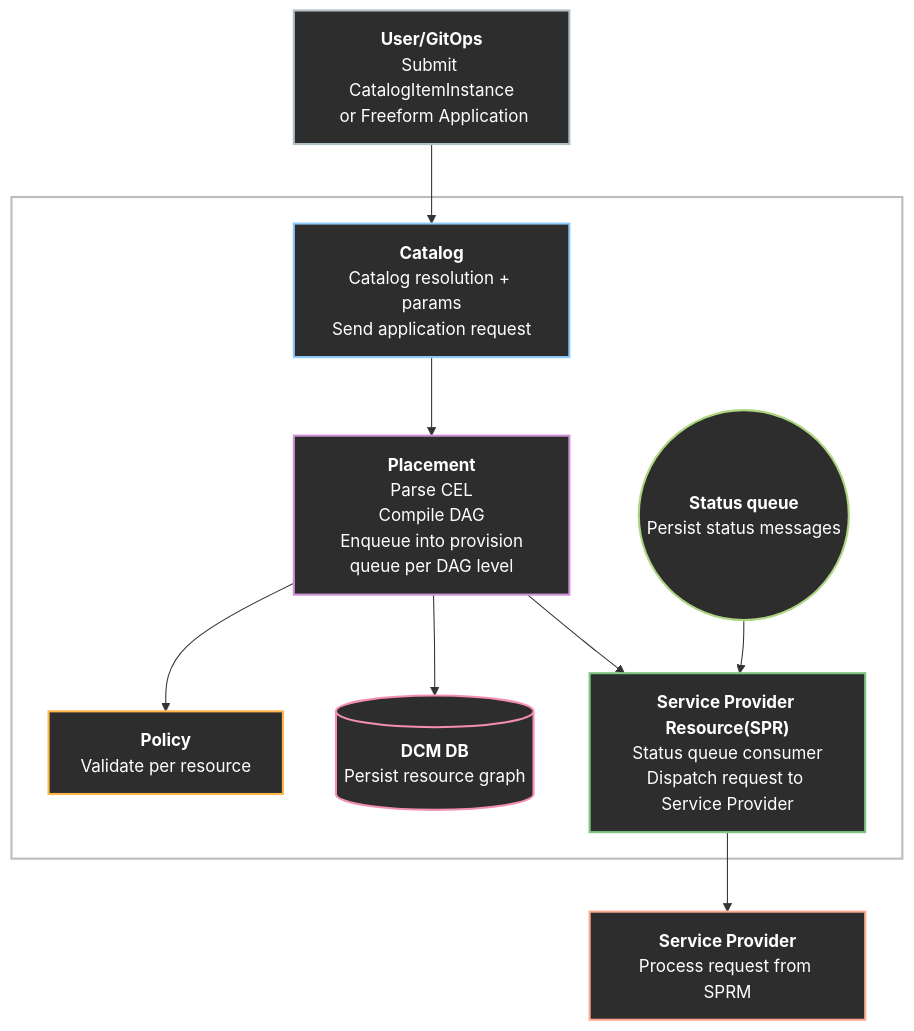
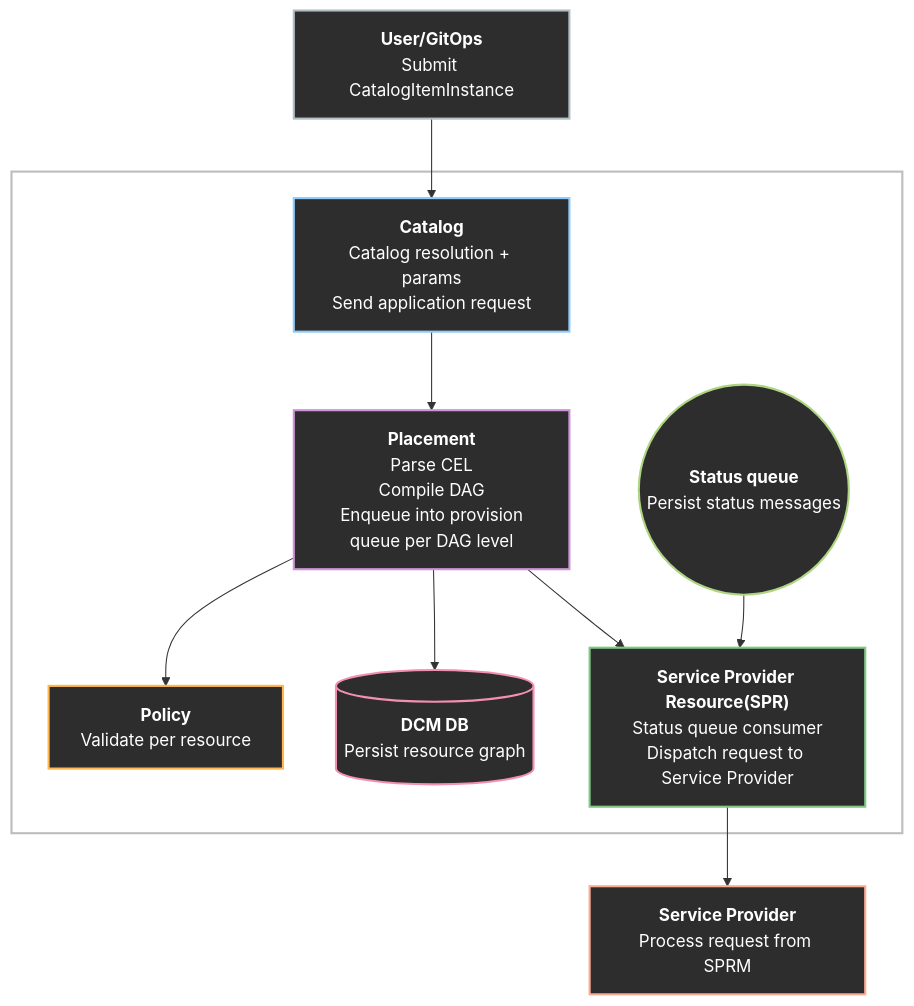
Before and after one commit to dcm-project/enhancements: the first of 2 diagrams in enhancements/declarative-api/declarative-api.md, drawn with Mermaid. The commit also changed other lines of this file, not shown here.

Commit message:
Move freeform to alternative section Assisted-By: Cursor AI

````diff
--- a/enhancements/declarative-api/declarative-api.md
+++ b/enhancements/declarative-api/declarative-api.md
@@ -103,44 +92,44 @@
 ```mermaid
 %%{init: {'flowchart': {'rankSpacing': 90, 'nodeSpacing': 28, 'curve': 'linear'},}}%%
 flowchart TD
     classDef catalog fill:#2d2d2d,color:#ffffff,stroke:#90caf9,stroke-width:2px
     classDef placement fill:#2d2d2d,color:#ffffff,stroke:#ce93d8,stroke-width:2px
     classDef policyEngine fill:#2d2d2d,color:#ffffff,stroke:#ffb74d,stroke-width:2px
     classDef spResource fill:#2d2d2d,color:#ffffff,stroke:#81c784,stroke-width:2px
     classDef database fill:#2d2d2d,color:#ffffff,stroke:#f48fb1,stroke-width:2px
     classDef messaging fill:#2d2d2d,color:#ffffff,stroke:#aed581,stroke-width:2px
     classDef provider fill:#2d2d2d,color:#ffffff,stroke:#ffab91,stroke-width:2px
     classDef user fill:#2d2d2d,color:#ffffff,stroke:#b0bec5,stroke-width:2px
     classDef dcmCore fill:#FFFFFF,stroke:#bdbdbd,stroke-width:2px
 
-    U["<b>User/GitOps</b><br/>Submit CatalogItemInstance<br/> or Freeform Application"]:::user
+    U["<b>User/GitOps</b><br/>Submit CatalogItemInstance"]:::user
 
     subgraph DCM_Core [ ]
         CM["<b>Catalog</b><br/>Catalog resolution + params<br/>Send application request"]:::catalog
 
         PM["<b>Placement</b><br/>Parse CEL<br/> Compile DAG <br/> Enqueue into provision queue per DAG level"]:::placement
 
         PE["<b>Policy</b><br/>Validate per resource<br/>"]:::policyEngine
 
         SPRM["<b>Service Provider Resource(SPR)</b><br/>Status queue consumer<br/>Dispatch request to Service Provider"]:::spResource
 
         DB[("<b>DCM DB</b><br/>Persist resource graph")]:::database
 
         ProvQ(("<b>Status queue</b><br/>Persist status messages")):::messaging
     end
 
     SP["<b>Service Provider</b><br/>Process request from SPRM<br/>"]:::provider
 
     U --> CM
     CM --> PM
 
     PM --> PE
     PM --> DB
 
     PM --> SPRM
     SPRM --> SP
     ProvQ --> SPRM
 
     class DCM_Core dcmCore
     class Provision_queue dcmCore
 ```
````
